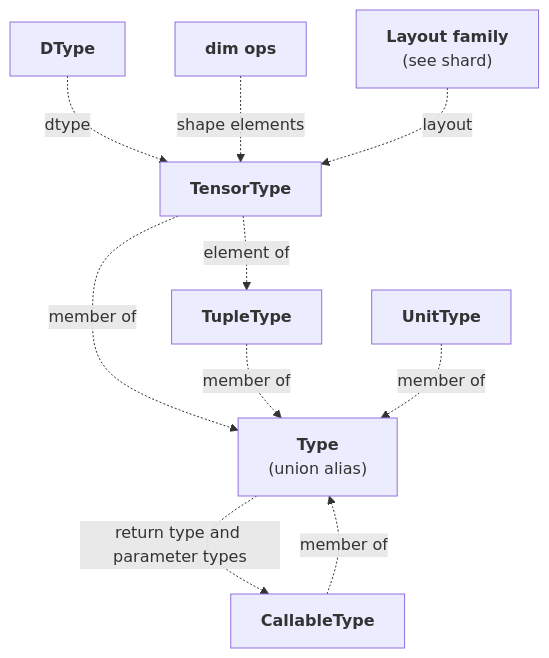
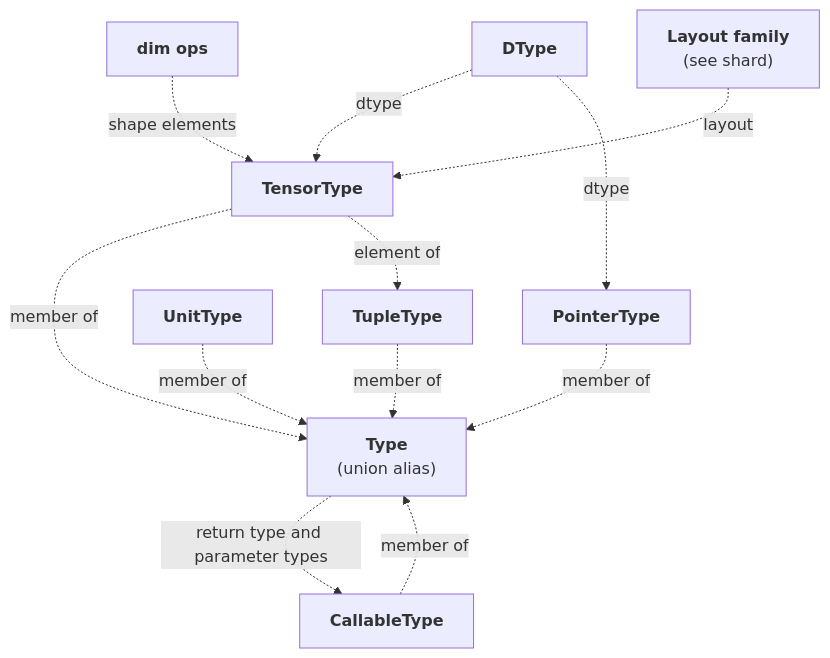
Before and after one commit to tile-ai/TileFoundry: the diagram in docs/spec/types.md, drawn with Mermaid. The commit also changed other lines of this file and 188 other files, not shown here.

````diff
--- a/docs/spec/types.md
+++ b/docs/spec/types.md
@@ -3,24 +3,27 @@
 ```mermaid
 flowchart TB
     Type["<b>Type</b><br/>(union alias)"]
     TensorType["<b>TensorType</b>"]
     TupleType["<b>TupleType</b>"]
     UnitType["<b>UnitType</b>"]
     CallableType["<b>CallableType</b>"]
+    PointerType["<b>PointerType</b>"]
 
     DType["<b>DType</b>"]
     dim["<b>dim ops</b>"]
     Layout["<b>Layout family</b><br/>(see shard)"]
 
     TensorType -. member of .-> Type
     TupleType -. member of .-> Type
     UnitType -. member of .-> Type
     CallableType -. member of .-> Type
+    PointerType -. member of .-> Type
 
     DType -. dtype .-> TensorType
     dim -. shape elements .-> TensorType
     Layout -. layout .-> TensorType
+    DType -. dtype .-> PointerType
 
     TensorType -. element of .-> TupleType
     Type -. return type and parameter types .-> CallableType
 ```
````
